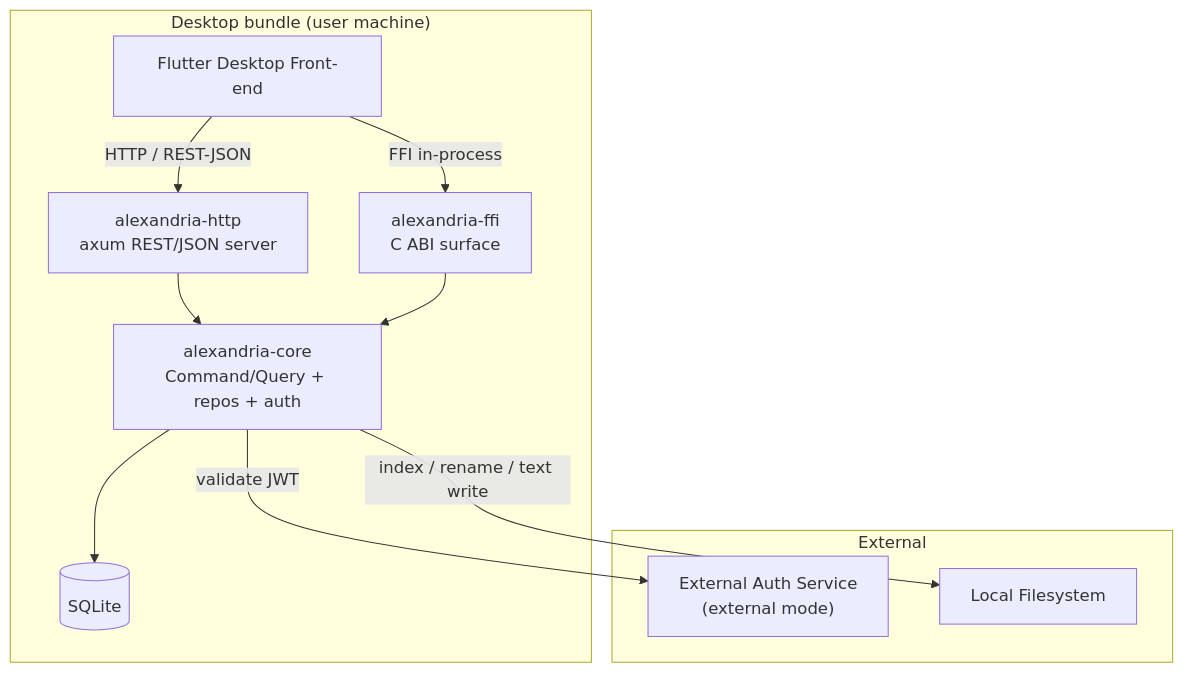
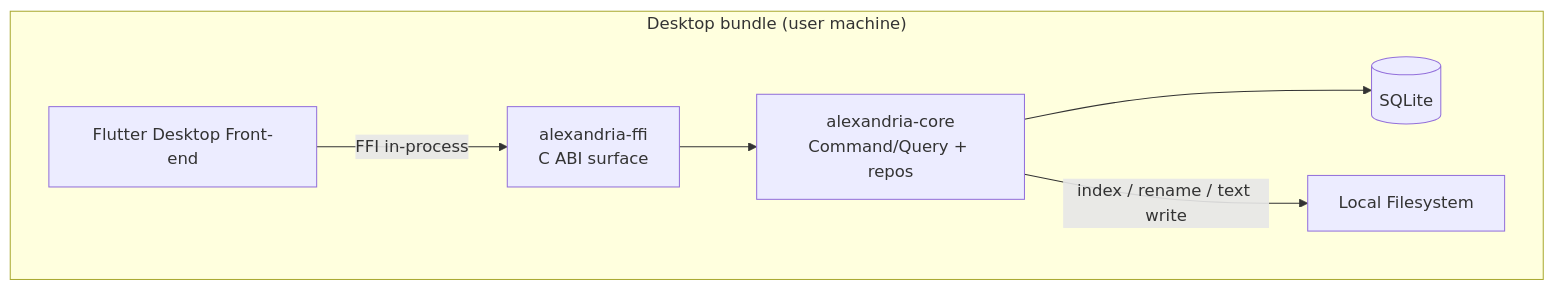
One commit to artur-rios/alexandria-api changed the diagram in docs/requirements/Operations & Infrastructure Document.md. Above: the diagram before and after it, drawn with Mermaid. The commit also changed other lines of this file and 15 other files, not shown here.

````diff
--- a/docs/requirements/Operations & Infrastructure Document.md
+++ b/docs/requirements/Operations & Infrastructure Document.md
@@ -41,23 +42,15 @@
 ```mermaid
 graph TD
     subgraph "Desktop bundle (user machine)"
         FL["Flutter Desktop Front-end"]
-        HTTP["alexandria-http<br/>axum REST/JSON server"]
         FFI["alexandria-ffi<br/>C ABI surface"]
-        CORE["alexandria-core<br/>Command/Query + repos + auth"]
+        CORE["alexandria-core<br/>Command/Query + repos"]
         DB[("SQLite")]
-    end
-
-    subgraph "External"
-        AUTH["External Auth Service<br/>(external mode)"]
         FS["Local Filesystem"]
     end
 
-    FL -->|HTTP / REST-JSON| HTTP
     FL -->|FFI in-process| FFI
-    HTTP --> CORE
     FFI --> CORE
     CORE --> DB
     CORE -->|index / rename / text write| FS
-    CORE -->|validate JWT| AUTH
 ```
````
